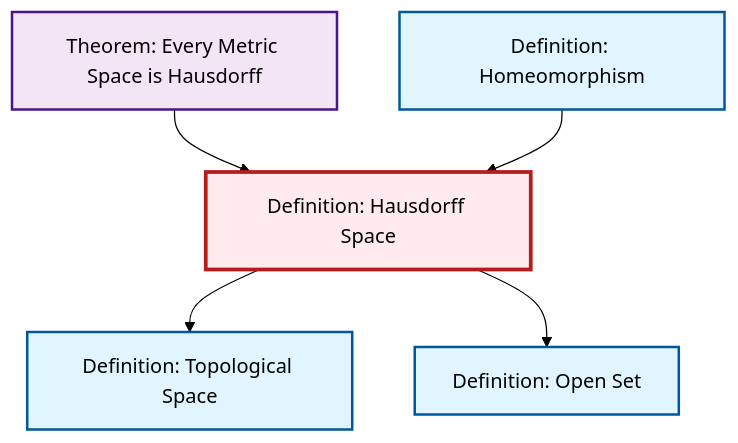
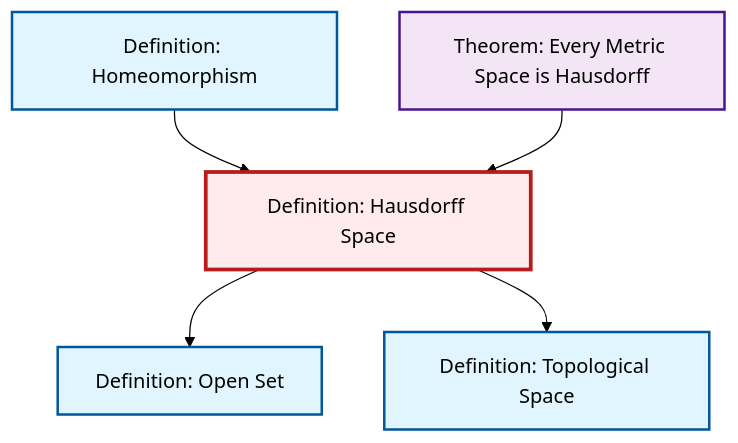
The diagram in content/en/topology/def-hausdorff.qmd (RK0429/ModernMath), drawn with Mermaid (forest theme) before and after one commit. The commit also changed other lines of this file and 1069 other files, not shown here.

````diff
--- a/content/en/topology/def-hausdorff.qmd
+++ b/content/en/topology/def-hausdorff.qmd
@@ -53,23 +53,23 @@
 ```{mermaid}
 %%| fig-cap: "Local dependency graph"
 graph TD
     classDef definition fill:#e1f5fe,stroke:#01579b,stroke-width:2px
     classDef theorem fill:#f3e5f5,stroke:#4a148c,stroke-width:2px
     classDef axiom fill:#fff3e0,stroke:#e65100,stroke-width:2px
     classDef example fill:#e8f5e9,stroke:#1b5e20,stroke-width:2px
     classDef current fill:#ffebee,stroke:#b71c1c,stroke-width:3px
+    thm-metric-hausdorff["Theorem: Every Metric Space is Hausdorff"]:::theorem
+    def-homeomorphism["Definition: Homeomorphism"]:::definition
+    def-hausdorff["Definition: Hausdorff Space"]:::definition
     def-open-set["Definition: Open Set"]:::definition
-    def-hausdorff["Definition: Hausdorff Space"]:::definition
-    def-homeomorphism["Definition: Homeomorphism"]:::definition
-    thm-metric-hausdorff["Theorem: Every Metric Space is Hausdorff"]:::theorem
     def-topological-space["Definition: Topological Space"]:::definition
-    thm-metric-hausdorff --> def-hausdorff
-    def-hausdorff --> def-topological-space
     def-hausdorff --> def-open-set
     def-homeomorphism --> def-hausdorff
+    def-hausdorff --> def-topological-space
+    thm-metric-hausdorff --> def-hausdorff
     class def-hausdorff current
+    click thm-metric-hausdorff "thm-metric-hausdorff.html" "Go to Every Metric Space is Hausdorff theorem"
+    click def-homeomorphism "def-homeomorphism.html" "Go to Homeomorphism definition"
     click def-open-set "def-open-set.html" "Go to Open Set definition"
-    click def-homeomorphism "def-homeomorphism.html" "Go to Homeomorphism definition"
-    click thm-metric-hausdorff "thm-metric-hausdorff.html" "Go to Every Metric Space is Hausdorff theorem"
     click def-topological-space "def-topological-space.html" "Go to Topological Space definition"
 ```
````
